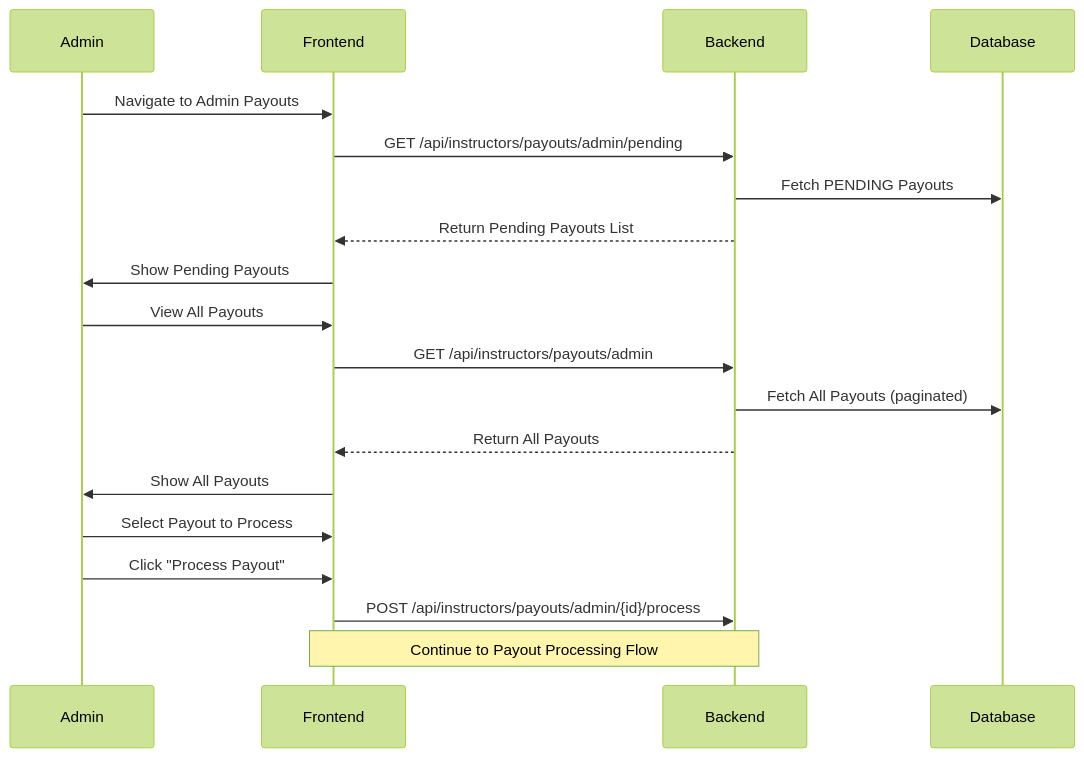
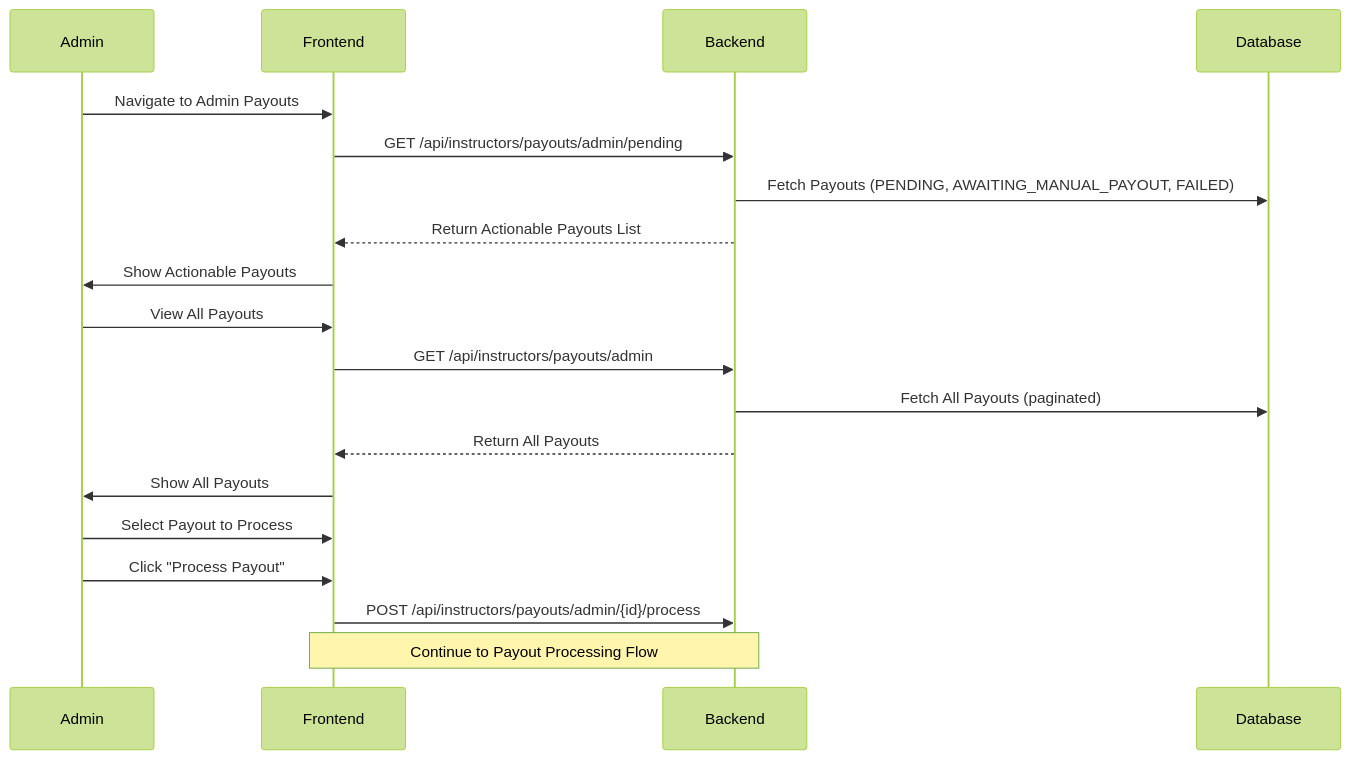
Diagram 11 of 17 in docs/workflows/payout_workflows.md (HuuLocFIT/EduMind), drawn with Mermaid (forest theme) before and after one commit. The commit also changed other lines of this file and 1 other file, not shown here.

First line of the commit message:
feat: update payout and refund workflows documentation

````diff
--- a/docs/workflows/payout_workflows.md
+++ b/docs/workflows/payout_workflows.md
@@ -356,24 +480,24 @@
 ```mermaid
 sequenceDiagram
     participant Admin
     participant Frontend
     participant Backend
     participant Database
 
     Admin->>Frontend: Navigate to Admin Payouts
     Frontend->>Backend: GET /api/instructors/payouts/admin/pending
-    Backend->>Database: Fetch PENDING Payouts
-    Backend-->>Frontend: Return Pending Payouts List
-    Frontend->>Admin: Show Pending Payouts
+    Backend->>Database: Fetch Payouts (PENDING, AWAITING_MANUAL_PAYOUT, FAILED)
+    Backend-->>Frontend: Return Actionable Payouts List
+    Frontend->>Admin: Show Actionable Payouts
     
     Admin->>Frontend: View All Payouts
     Frontend->>Backend: GET /api/instructors/payouts/admin
     Backend->>Database: Fetch All Payouts (paginated)
     Backend-->>Frontend: Return All Payouts
     Frontend->>Admin: Show All Payouts
     
     Admin->>Frontend: Select Payout to Process
     Admin->>Frontend: Click "Process Payout"
     Frontend->>Backend: POST /api/instructors/payouts/admin/{id}/process
     Note over Frontend,Backend: Continue to Payout Processing Flow
 ```
````
